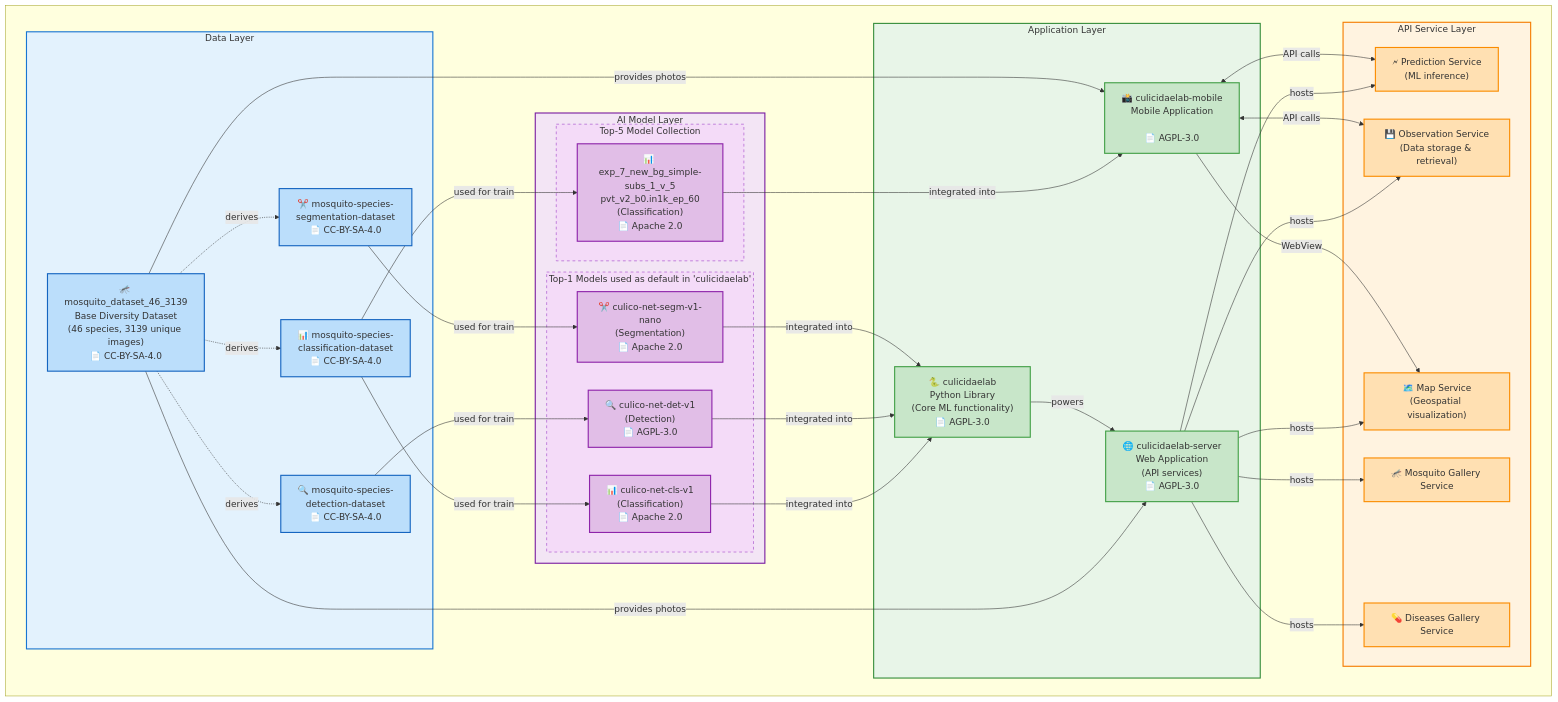
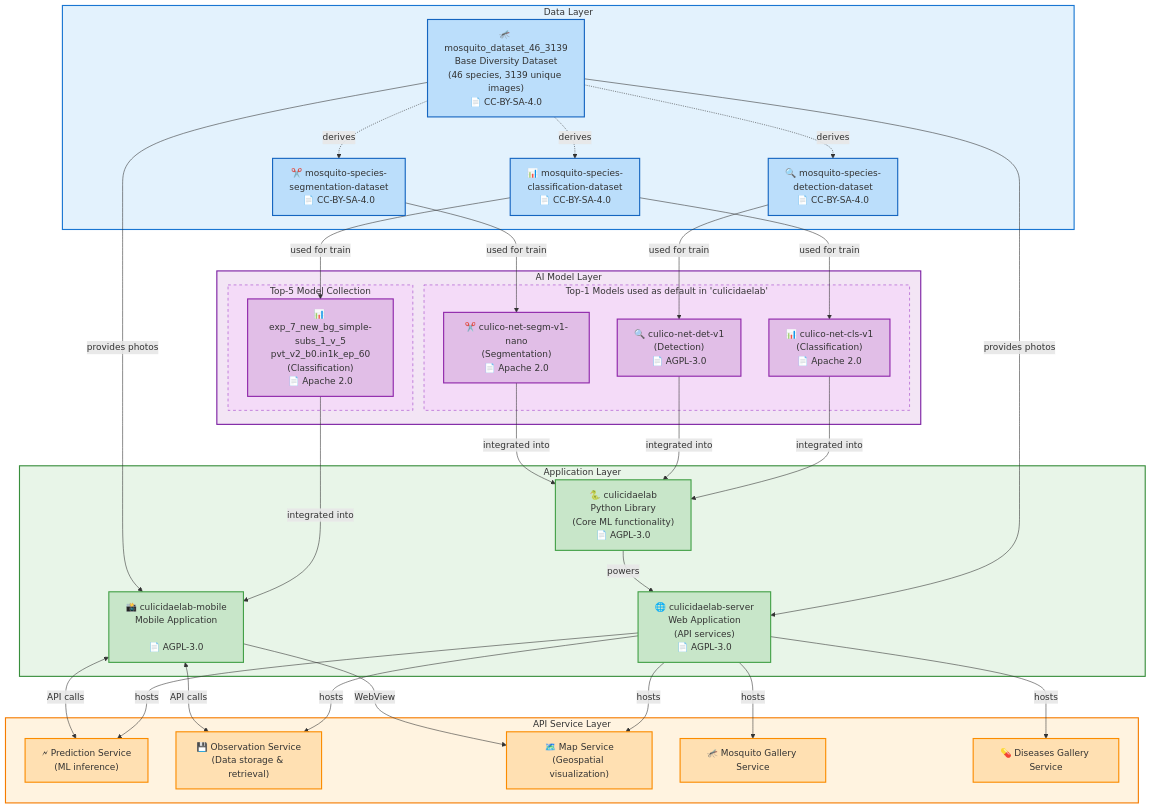
One commit to iloncka-ds/culicidaelab changed the diagram in README.md. Above: the diagram before and after it, drawn with Mermaid. The commit also changed other lines of this file, not shown here.

````diff
--- a/README.md
+++ b/README.md
@@ -22,177 +23,94 @@
 ```mermaid
 flowchart TD
 
-subgraph L0 [" "]
+    %% Define layers with subgraphs
+    subgraph L1 ["Data Layer"]
+        DS1["🦟 mosquito_dataset_46_3139<br/>Base Diversity Dataset<br/>(46 species, 3139 unique images)<br/>📄 CC-BY-SA-4.0"]
+        DS2["📊 mosquito-species-<br/>classification-dataset<br/>📄 CC-BY-SA-4.0"]
+        DS3["🔍 mosquito-species-<br/>detection-dataset<br/>📄 CC-BY-SA-4.0"]
+        DS4["✂️ mosquito-species-<br/>segmentation-dataset<br/>📄 CC-BY-SA-4.0"]
+    end
 
-    %% Define layers with subgraphs
+    subgraph L2 ["AI Model Layer"]
+        subgraph M_COLLECTION ["Top-5 Model Collection"]
+            M4["📊 exp_7_new_bg_simple-subs_1_v_5<br/>pvt_v2_b0.in1k_ep_60<br/>(Classification)<br/>📄 Apache 2.0"]
+        end
+        subgraph M_DEFAULT ["Top-1 Models used as default in 'culicidaelab'"]
+            M1["📊 culico-net-cls-v1<br/>(Classification)<br/>📄 Apache 2.0"]
+            M2["🔍 culico-net-det-v1<br/>(Detection)<br/>📄 AGPL-3.0"]
+            M3["✂️ culico-net-segm-v1-nano<br/>(Segmentation)<br/>📄 Apache 2.0"]
+        end
+    end
 
-    subgraph L1 ["Data Layer"]
+    subgraph L3 ["Application Layer"]
+        APP1["🐍 culicidaelab<br/>Python Library<br/>(Core ML functionality) <br/>📄 AGPL-3.0"]
+        APP2["🌐 culicidaelab-server<br/>Web Application<br/>(API services)<br/>📄 AGPL-3.0"]
+        APP3["📸 culicidaelab-mobile<br/>Mobile Application<br/><br/>📄 AGPL-3.0"]
+    end
 
-        DS1["🦟 mosquito_dataset_46_3139<br/>Base Diversity Dataset<br/>(46 species, 3139 unique images)<br/>📄 CC-BY-SA-4.0"]
+    subgraph L4 ["API Service Layer"]
+        S1["🗲 Prediction Service<br/>(ML inference)"]
+        S2["💾 Observation Service<br/>(Data storage & retrieval)"]
+        S3["🗺️ Map Service<br/>(Geospatial visualization)"]
+        S4["🦟 Mosquito Gallery Service<br/>"]
+        S5["💊 Diseases Gallery Service<br/>"]
+    end
 
-        DS2["📊 mosquito-species-<br/>classification-dataset<br/>📄 CC-BY-SA-4.0"]
+    %% Dataset derivation and training flows
+    DS1 -.->|"derives"| DS2
+    DS1 -.->|"derives"| DS3
+    DS1 -.->|"derives"| DS4
+    DS2 -->|"used for train"| M1
+    DS3 -->|"used for train"| M2
+    DS4 -->|"used for train"| M3
+    DS2 -->|"used for train"| M4
 
-        DS3["🔍 mosquito-species-<br/>detection-dataset<br/>📄 CC-BY-SA-4.0"]
+    %% Model integration
+    M1 -->|"integrated into"| APP1
+    M2 -->|"integrated into"| APP1
+    M3 -->|"integrated into"| APP1
+    M4 -->|"integrated into"| APP3
 
-        DS4["✂️ mosquito-species-<br/>segmentation-dataset<br/>📄 CC-BY-SA-4.0"]
+    %% Data source for gallery
+    DS1 -->|"provides photos"| APP2
+    DS1 -->|"provides photos"| APP3
 
-    end
+    %% Library to server integration
+    APP1 -->|"powers"| APP2
 
+    %% Service provisioning
+    APP2 -->|"hosts"| S1
+    APP2 -->|"hosts"| S2
+    APP2 -->|"hosts"| S3
+    APP2 -->|"hosts"| S4
+    APP2 -->|"hosts"| S5
 
+    %% Mobile app service consumption
+    APP3 <-->|"API calls"| S1
+    APP3 <-->|"API calls"| S2
+    APP3 -->|"WebView"| S3
 
-    subgraph L2 ["AI Model Layer"]
+    %% Styling
+    classDef dataLayer fill:#e3f2fd,stroke:#1976d2,stroke-width:2px
+    classDef modelLayer fill:#f3e5f5,stroke:#7b1fa2,stroke-width:2px
+    classDef appLayer fill:#e8f5e8,stroke:#388e3c,stroke-width:2px
+    classDef serviceLayer fill:#fff3e0,stroke:#f57c00,stroke-width:2px
+    classDef collections fill:#f4dbf8,stroke:#9b3ac5,stroke-width:1px,stroke-dasharray:5,5
 
-        subgraph M_COLLECTION ["Top-5 Model Collection"]
+    classDef dataset fill:#bbdefb,stroke:#1565c0,stroke-width:2px
+    classDef model fill:#e1bee7,stroke:#8e24aa,stroke-width:2px
+    classDef application fill:#c8e6c9,stroke:#43a047,stroke-width:2px
+    classDef service fill:#ffe0b2,stroke:#fb8c00,stroke-width:2px
 
-            M4["📊 exp_7_new_bg_simple-subs_1_v_5<br/>pvt_v2_b0.in1k_ep_60<br/>(Classification)<br/>📄 Apache 2.0"]
+    class L1 dataLayer
+    class L2 modelLayer
+    class L3 appLayer
+    class L4 serviceLayer
 
-        end
-		subgraph M_DEFAULT ["Top-1 Models used as default in 'culicidaelab'"]
-        M1["📊 culico-net-cls-v1<br/>(Classification)<br/>📄 Apache 2.0"]
-
-        M2["🔍 culico-net-det-v1<br/>(Detection)<br/>📄 AGPL-3.0"]
-
-        M3["✂️ culico-net-segm-v1-nano<br/>(Segmentation)<br/>📄 Apache 2.0"]
-		end
-    end
-
-
-
-    subgraph L3 ["Application Layer"]
-
-        APP1["🐍 culicidaelab<br/>Python Library<br/>(Core ML functionality) <br/>📄 AGPL-3.0"]
-
-        APP2["🌐 culicidaelab-server<br/>Web Application<br/>(API services)<br/>📄 AGPL-3.0"]
-
-        APP3["📸 culicidaelab-mobile<br/>Mobile Application<br/><br/>📄 AGPL-3.0"]
-
-    end
-
-
-
-    subgraph L4 ["API Service Layer"]
-
-        S1["🗲 Prediction Service<br/>(ML inference)"]
-
-        S2["💾 Observation Service<br/>(Data storage & retrieval)"]
-
-        S3["🗺️ Map Service<br/>(Geospatial visualization)"]
-
-        S4["🦟 Mosquito Gallery Service<br/>"]
-       
-        S5["💊 Diseases Gallery Service<br/>"]
-
-    end
-
-  end
-
-   
-
-    %% Dataset derivation and training flows
-
-    DS1 -.->|"derives"| DS2
-
-    DS1 -.->|"derives"| DS3
-
-    DS1 -.->|"derives"| DS4
-
-    DS2 -->|"used for train"| M1
-
-    DS3 -->|"used for train"| M2
-
-    DS4 -->|"used for train"| M3
-
-    DS2 -->|"used for train"| M4
-
-
-
-    %% Model integration
-
-    M1 -->|"integrated into"| APP1
-
-    M2 -->|"integrated into"| APP1
-
-    M3 -->|"integrated into"| APP1
-
-    M4 -->|"integrated into"| APP3
-
-
-
-    %% Data source for gallery
-
-    DS1 -->|"provides photos"| APP2
-	  DS1 -->|"provides photos"| APP3
-
-
-    %% Library to server integration
-
-    APP1 -->|"powers"| APP2
-
-
-    %% Service provisioning
-
-    APP2 -->|"hosts"| S1
-
-    APP2 -->|"hosts"| S2
-
-    APP2 -->|"hosts"| S3
-
-    APP2 -->|"hosts"| S4
-
-	  APP2 -->|"hosts"| S5
-
-    %% Mobile app service consumption
-
-    APP3 <-->|"API calls"| S1
-
-    APP3 <-->|"API calls"| S2
-
-    APP3 -->|"WebView"| S3
-
-
-
-    %% Styling
-
-    classDef dataLayer fill:#e3f2fd,stroke:#1976d2,stroke-width:2px
-
-    classDef modelLayer fill:#f3e5f5,stroke:#7b1fa2,stroke-width:2px
-
-    classDef appLayer fill:#e8f5e8,stroke:#388e3c,stroke-width:2px
-
-    classDef serviceLayer fill:#fff3e0,stroke:#f57c00,stroke-width:2px
-   
-    classDef collections fill:#f4dbf8,stroke:#9b3ac5,stroke-width:1px,stroke-dasharray:5,5	 
-
-
-
-    classDef dataset fill:#bbdefb,stroke:#1565c0,stroke-width:2px
-
-    classDef model fill:#e1bee7,stroke:#8e24aa,stroke-width:2px
-
-    classDef application fill:#c8e6c9,stroke:#43a047,stroke-width:2px
-
-    classDef service fill:#ffe0b2,stroke:#fb8c00,stroke-width:2px   
-
-
-
-    class L1 dataLayer
-
-    class L2 modelLayer
-
-    class L3 appLayer
-
-    class L4 serviceLayer
-   
-	  class L5 collections
-   
-    class DS1,DS2,DS3,DS4 dataset
-
-    class M1,M2,M3,M4 model
-
-    class APP1,APP2,APP3 application
-
-    class S1,S2,S3,S4,S5 service
-
+    class DS1,DS2,DS3,DS4 dataset
+    class M1,M2,M3,M4 model
+    class APP1,APP2,APP3 application
+    class S1,S2,S3,S4,S5 service
     class M_DEFAULT,M_COLLECTION collections
    
 ```
````
